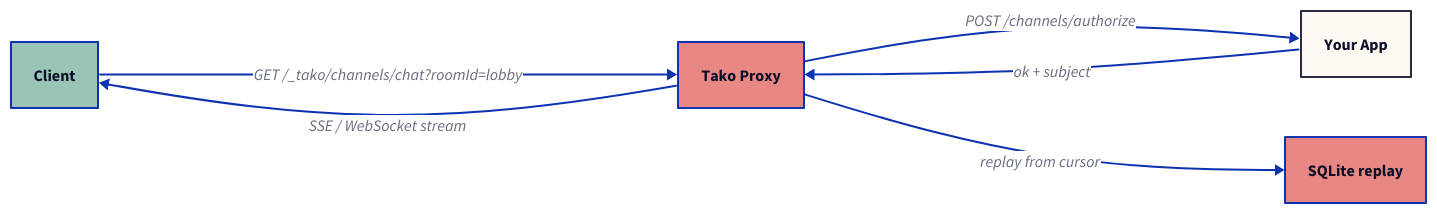
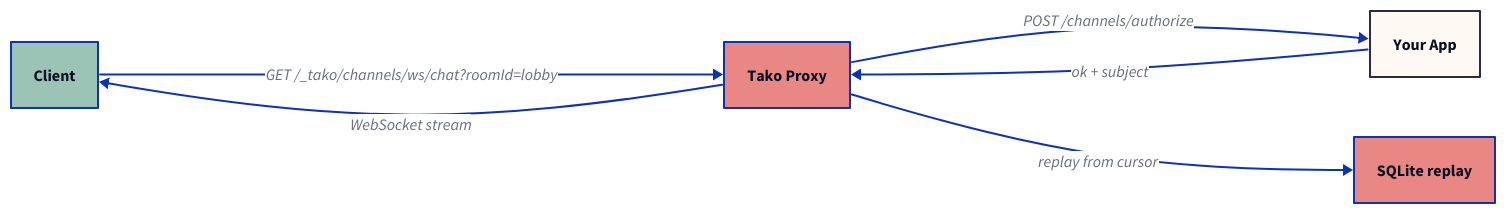
One commit to tako-sh/tako changed the diagram in website/src/content/blog/durable-channels-built-in.md. Above: the diagram before and after it, drawn with D2. The commit also changed other lines of this file and 53 other files, not shown here.

````diff
--- a/website/src/content/blog/durable-channels-built-in.md
+++ b/website/src/content/blog/durable-channels-built-in.md
@@ -43,14 +43,14 @@
 ```d2
 direction: right
 
 client: Client {style.fill: "#9BC4B6"; style.font-size: 16}
 proxy: Tako Proxy {style.fill: "#E88783"; style.font-size: 16}
 app: Your App {style.fill: "#FFF9F4"; style.stroke: "#2F2A44"; style.font-size: 16}
 store: SQLite replay {style.fill: "#E88783"; style.font-size: 16}
 
-client -> proxy: "GET /_tako/channels/chat?roomId=lobby"
+client -> proxy: "GET /_tako/channels/ws/chat?roomId=lobby"
 proxy -> app: "POST /channels/authorize"
 app -> proxy: "ok + subject"
 proxy -> store: "replay from cursor"
-proxy -> client: "SSE / WebSocket stream"
+proxy -> client: "WebSocket stream"
 ```
````
